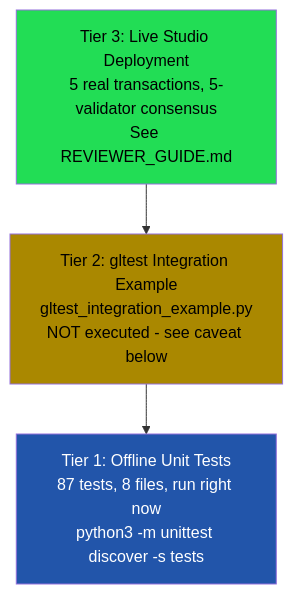
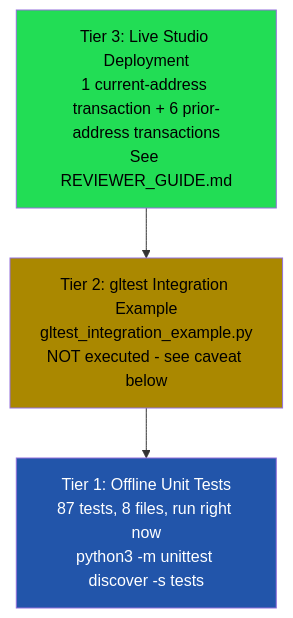
One commit to 123Cryp/genlayer-truthbeacon changed the diagram in TESTING.md. Above: the diagram before and after it, drawn with Mermaid. The commit also changed other lines of this file and 6 other files, not shown here.

````diff
--- a/TESTING.md
+++ b/TESTING.md
@@ -9,10 +9,10 @@
 ```mermaid
 flowchart TD
-    A["Tier 3: Live Studio Deployment\n5 real transactions, 5-validator consensus\nSee REVIEWER_GUIDE.md"] --> B
+    A["Tier 3: Live Studio Deployment\n1 current-address transaction + 6 prior-address transactions\nSee REVIEWER_GUIDE.md"] --> B
     B["Tier 2: gltest Integration Example\ngltest_integration_example.py\nNOT executed - see caveat below"] --> C
     C["Tier 1: Offline Unit Tests\n87 tests, 8 files, run right now\npython3 -m unittest discover -s tests"]
 
     style A fill:#2d5,color:#000
     style B fill:#a80,color:#000
     style C fill:#25a,color:#fff
 ```
````
